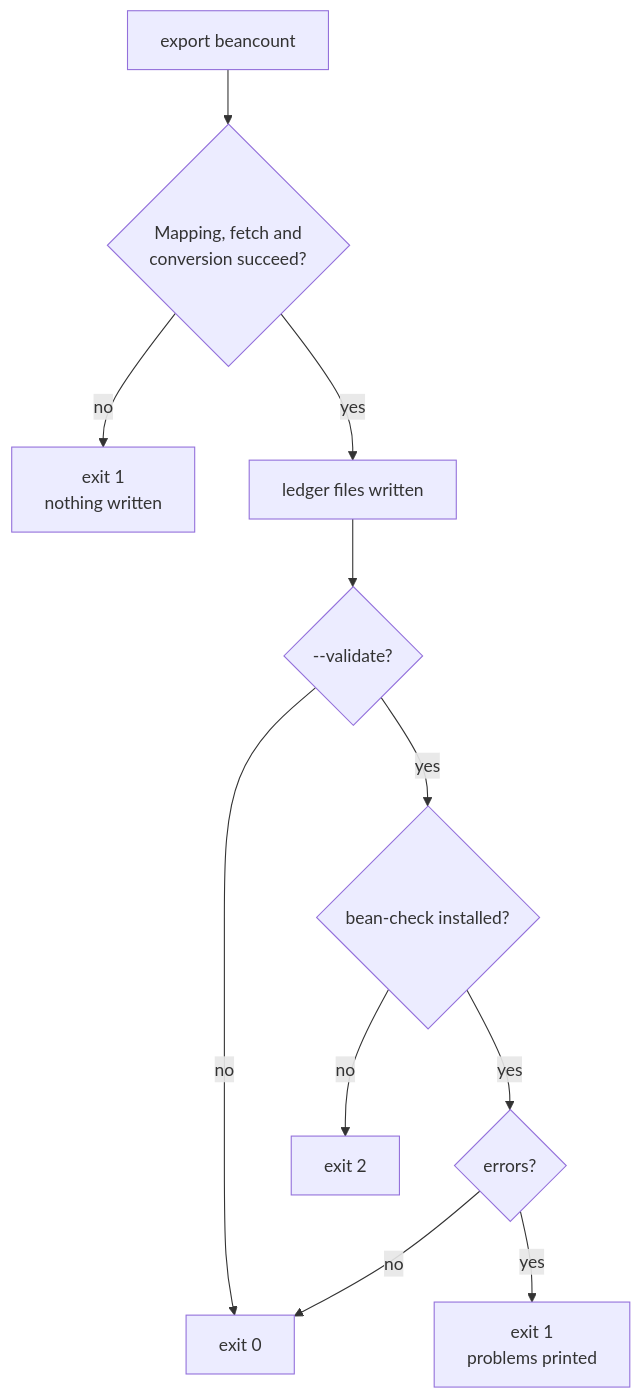
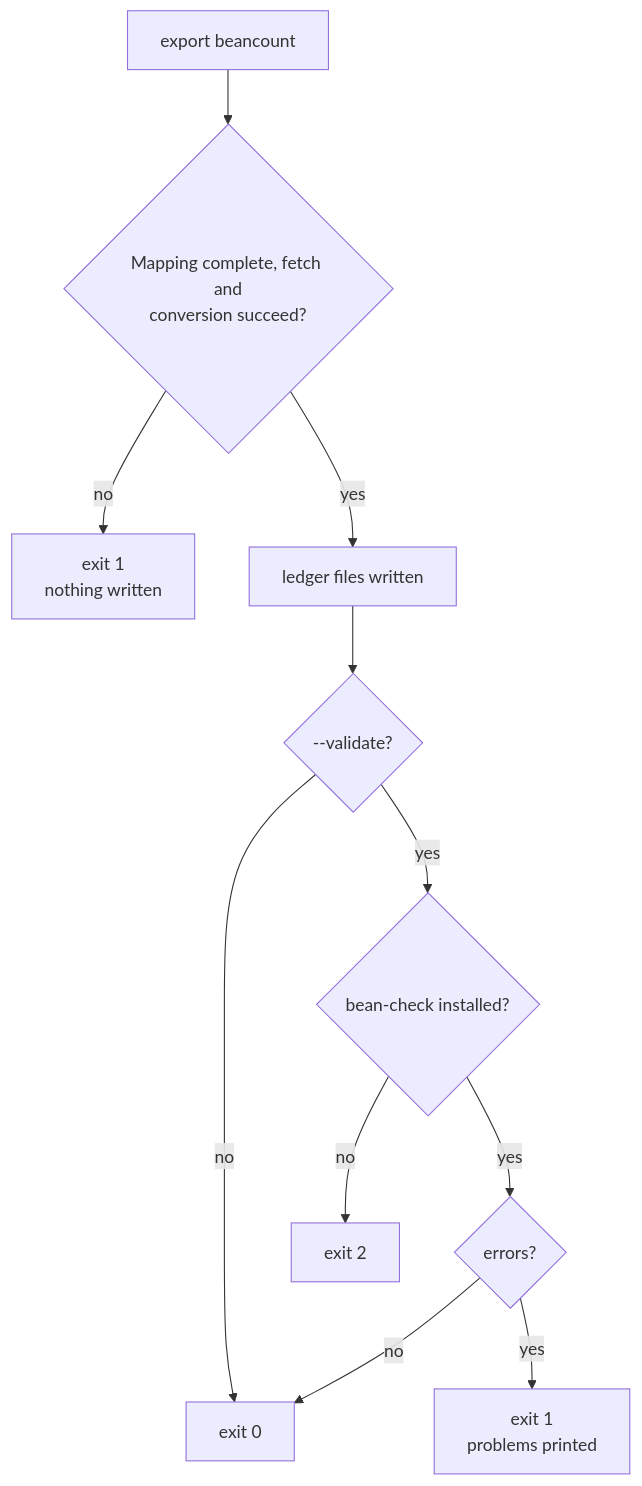
The ninth of 9 diagrams in docs/wiki/Beancount-Export.md (fran33git/firefly-reports), drawn with Mermaid before and after one commit. The commit also changed other lines of this file and 13 other files, not shown here.

````diff
--- a/docs/wiki/Beancount-Export.md
+++ b/docs/wiki/Beancount-Export.md
@@ -555,13 +686,13 @@
 ```mermaid
 flowchart TD
-    RUN["export beancount"] --> V{"Mapping, fetch and<br/>conversion succeed?"}
+    RUN["export beancount"] --> V{"Mapping complete, fetch and<br/>conversion succeed?"}
     V -- no --> E1["exit 1<br/>nothing written"]
     V -- yes --> W["ledger files written"]
     W --> Q{"--validate?"}
     Q -- no --> OK0["exit 0"]
     Q -- yes --> BCQ{"bean-check installed?"}
     BCQ -- no --> E2["exit 2"]
     BCQ -- yes --> R{"errors?"}
     R -- no --> OK0
     R -- yes --> E3["exit 1<br/>problems printed"]
 ```
````
